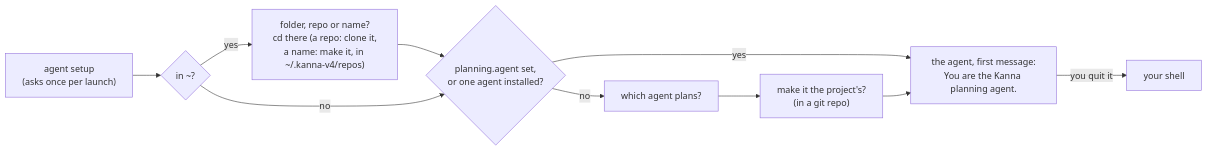
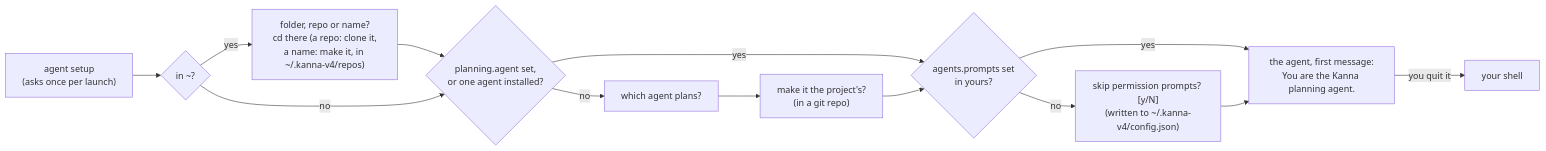
The diagram in docs/specs/new-desk.md (tampopogk/kanna), drawn with Mermaid before and after one commit. The commit also changed other lines of this file and 12 other files, not shown here.

Commit message:
Whether Kanna's agents skip permission prompts is agents.prompts ("ask" or "skip") in ~/.kanna-v4/config.json, never a repo's file; unset asks, and the planning terminal asks once and saves the answer; task, quiz and planning agents follow it

````diff
--- a/docs/specs/new-desk.md
+++ b/docs/specs/new-desk.md
@@ -33,9 +33,11 @@
 ```mermaid
 flowchart LR
     S["agent setup<br/>(asks once per launch)"] --> W{"in ~?"}
     W -->|"yes"| J["folder, repo or name?<br/>cd there (a repo: clone it,<br/>a name: make it, in ~/.kanna-v4/repos)"] --> P
     W -->|"no"| P{"planning.agent set,<br/>or one agent installed?"}
-    P -->|"yes"| A["the agent, first message:<br/>You are the Kanna planning agent."]
-    P -->|"no"| Q["which agent plans?"] --> O["make it the project's?<br/>(in a git repo)"] --> A
+    P -->|"yes"| Y{"agents.prompts set<br/>in yours?"}
+    P -->|"no"| Q["which agent plans?"] --> O["make it the project's?<br/>(in a git repo)"] --> Y
+    Y -->|"yes"| A["the agent, first message:<br/>You are the Kanna planning agent."]
+    Y -->|"no"| K["skip permission prompts? [y/N]<br/>(written to ~/.kanna-v4/config.json)"] --> A
     A -->|"you quit it"| SH["your shell"]
 ```
````
